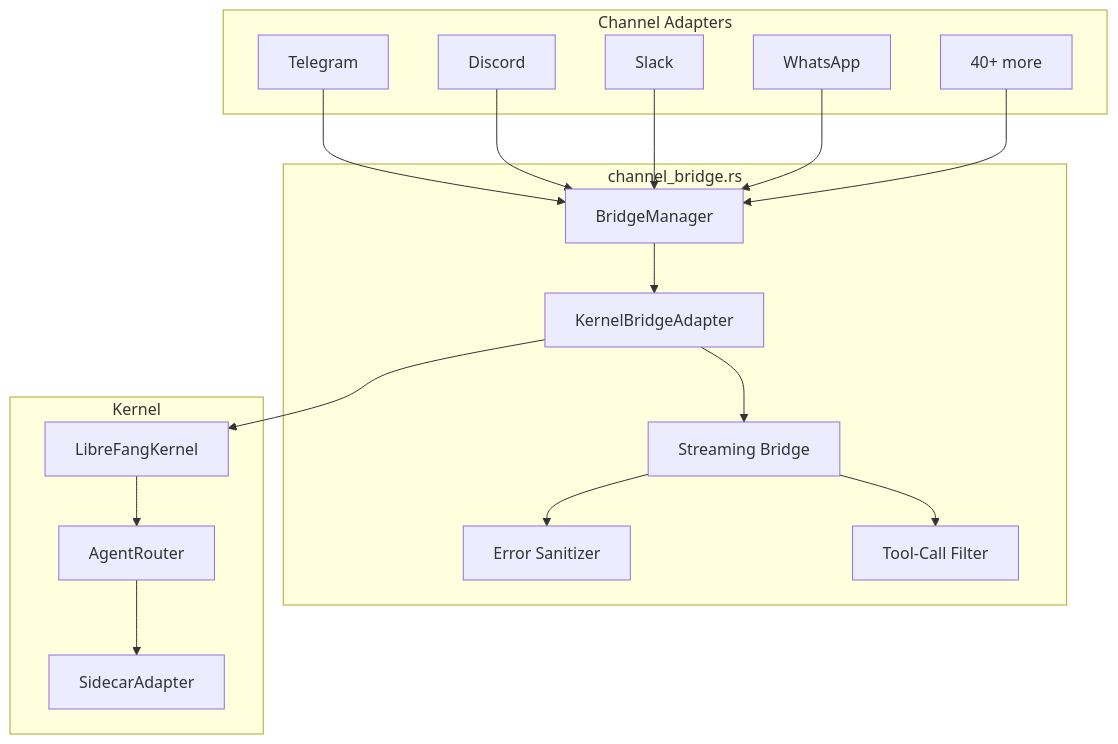
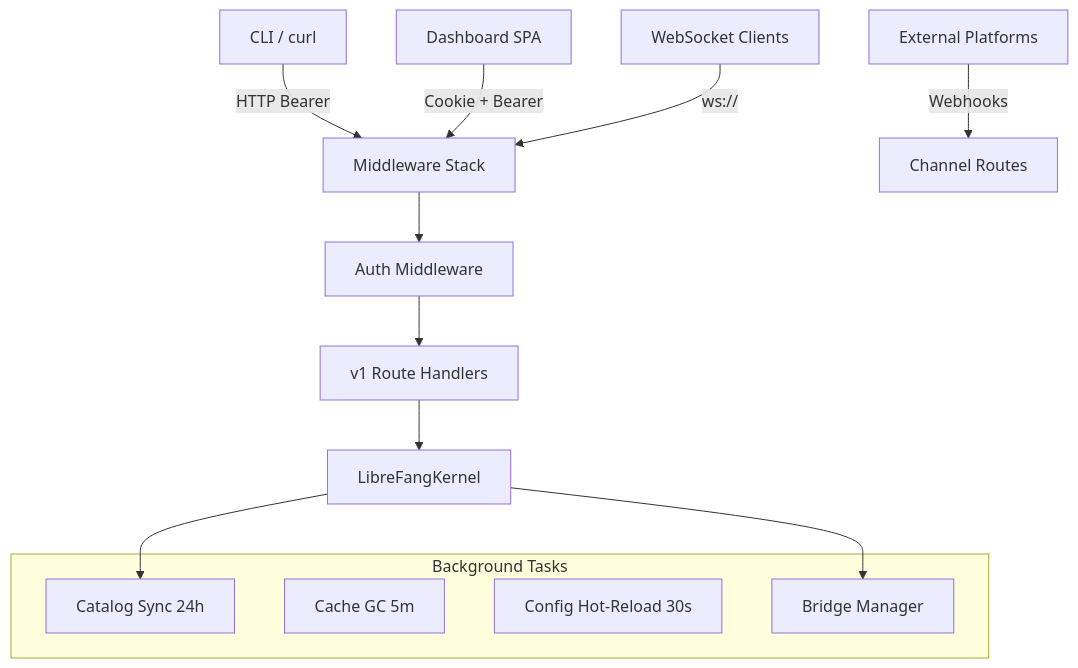
One commit to leszek3737/librefang-WIki changed the diagram in api-server.md. Above: the diagram before and after it, drawn with Mermaid. The commit also changed other lines of this file and 98 other files, not shown here.

````diff
--- a/api-server.md
+++ b/api-server.md
@@ -17,32 +9,21 @@
 ```mermaid
 graph TD
-    subgraph "Channel Adapters"
-        A[Telegram]
-        B[Discord]
-        C[Slack]
-        D[WhatsApp]
-        E["40+ more"]
+    CLI[CLI / curl] -->|HTTP Bearer| MW[Middleware Stack]
+    SPA[Dashboard SPA] -->|Cookie + Bearer| MW
+    WS[WebSocket Clients] -->|ws://| MW
+    EXT[External Platforms] -->|Webhooks| CH[Channel Routes]
+
+    MW --> AUTH[Auth Middleware]
+    AUTH --> V1[v1 Route Handlers]
+    V1 --> K[LibreFangKernel]
+
+    subgraph Background Tasks
+        CS[Catalog Sync 24h]
+        GC[Cache GC 5m]
+        HR[Config Hot-Reload 30s]
+        BR[Bridge Manager]
     end
 
-    subgraph "channel_bridge.rs"
-        BM[BridgeManager]
-        KBA[KernelBridgeAdapter]
-        SB[Streaming Bridge]
-        ES[Error Sanitizer]
-        TF[Tool-Call Filter]
-    end
-
-    subgraph "Kernel"
-        K[LibreFangKernel]
-        AR[AgentRouter]
-        SA[SidecarAdapter]
-    end
-
-    A & B & C & D & E --> BM
-    BM --> KBA
-    KBA --> K
-    KBA --> SB
-    SB --> ES
-    SB --> TF
-    K --> AR --> SA
+    K --> CS
+    K --> BR
 ```
````
